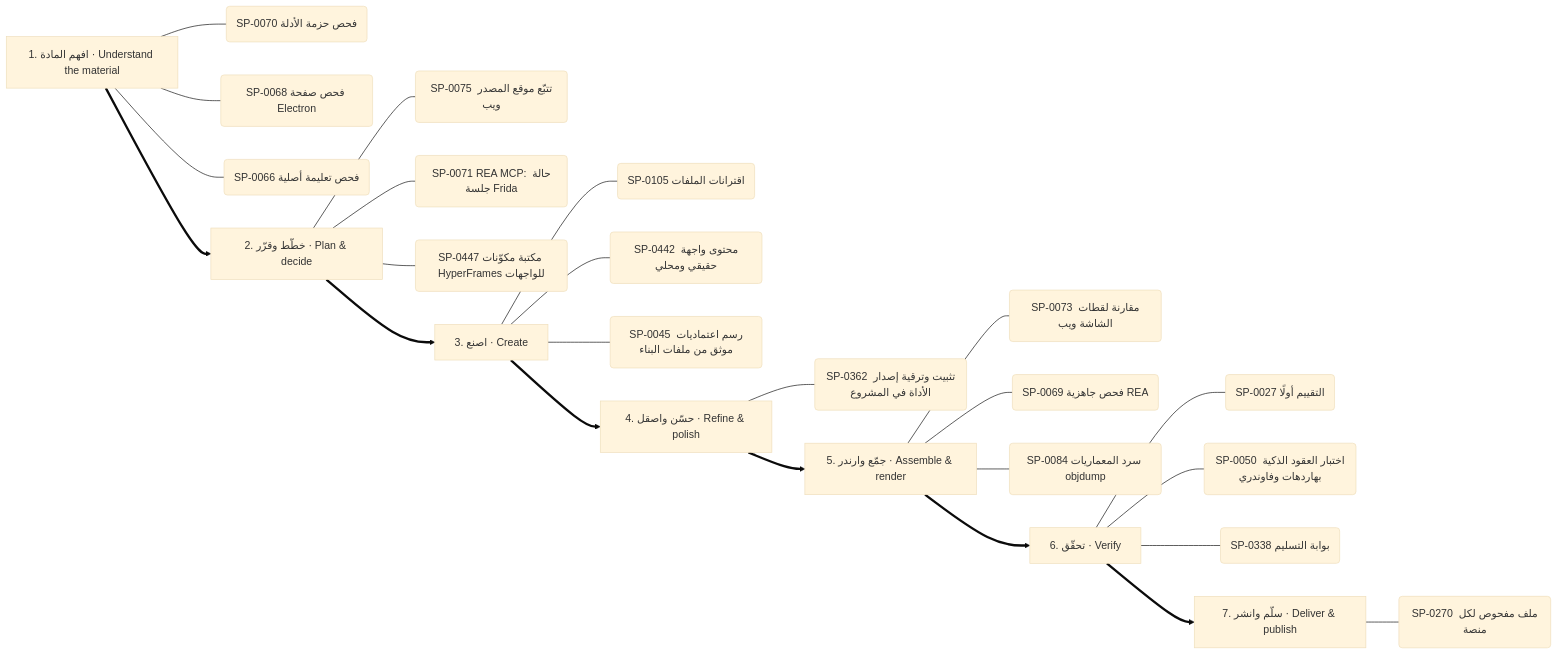
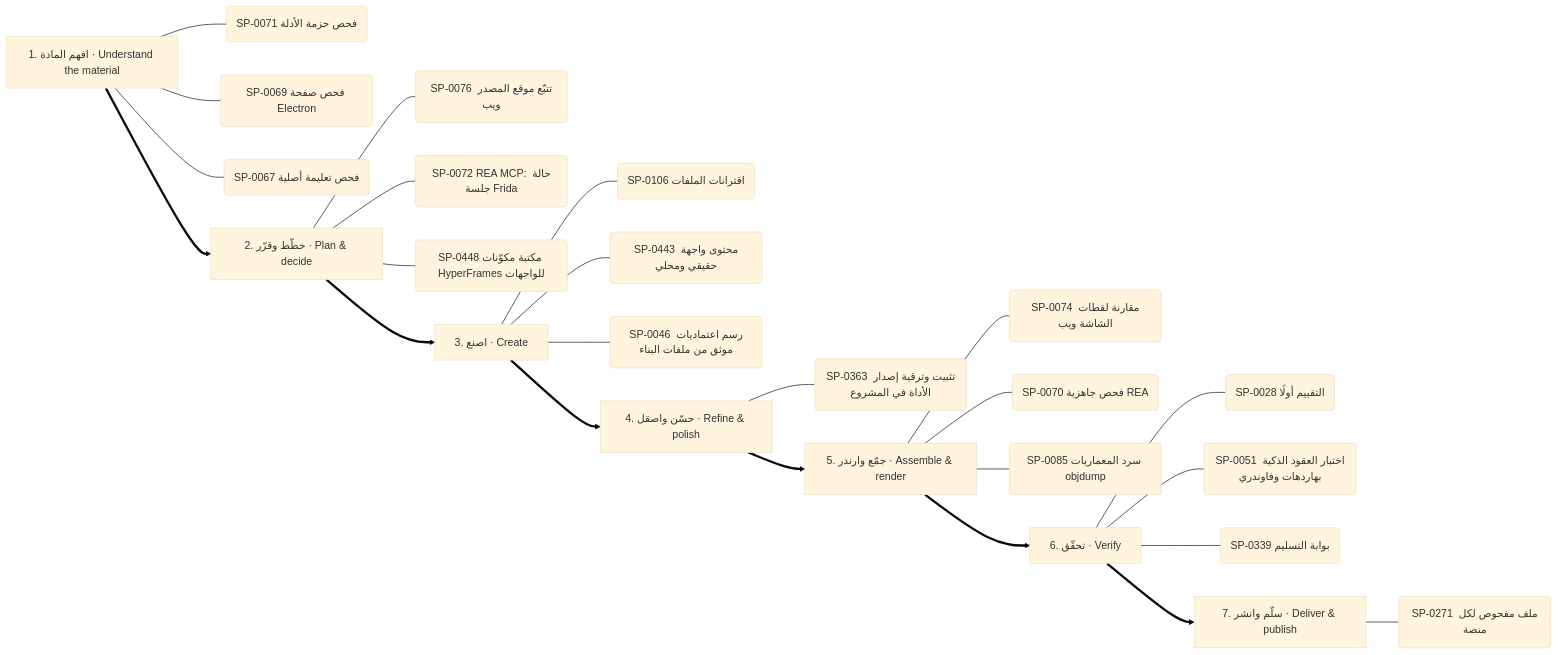
Diagram 11 of 13 in .claude/skills/kosif-superpowers/references/capability-mindmap.md (kosif199022-jpg/kosif-tool), drawn with Mermaid (base theme) before and after one commit. The commit also changed other lines of this file and 9 other files, not shown here.

First line of the commit message:
Rebuild the fused superpowers, hubs, mind map and owned-repos map

````diff
--- a/.claude/skills/kosif-superpowers/references/capability-mindmap.md
+++ b/.claude/skills/kosif-superpowers/references/capability-mindmap.md
@@ -546,33 +546,33 @@
 ```mermaid
 flowchart LR
   S0["1. افهم المادة · Understand the material"]
-  S0 --- S0_0("SP-0070 فحص حزمة الأدلة")
-  S0 --- S0_1("SP-0068 فحص صفحة Electron")
-  S0 --- S0_2("SP-0066 فحص تعليمة أصلية")
+  S0 --- S0_0("SP-0071 فحص حزمة الأدلة")
+  S0 --- S0_1("SP-0069 فحص صفحة Electron")
+  S0 --- S0_2("SP-0067 فحص تعليمة أصلية")
   S1["2. خطّط وقرّر · Plan & decide"]
-  S1 --- S1_0("SP-0075 تتبّع موقع المصدر ويب")
-  S1 --- S1_1("SP-0071 REA MCP: حالة جلسة Frida")
-  S1 --- S1_2("SP-0447 مكتبة مكوّنات HyperFrames للواجهات")
+  S1 --- S1_0("SP-0076 تتبّع موقع المصدر ويب")
+  S1 --- S1_1("SP-0072 REA MCP: حالة جلسة Frida")
+  S1 --- S1_2("SP-0448 مكتبة مكوّنات HyperFrames للواجهات")
   S0 ==> S1
   S2["3. اصنع · Create"]
-  S2 --- S2_0("SP-0105 اقترانات الملفات")
-  S2 --- S2_1("SP-0442 محتوى واجهة حقيقي ومحلي")
-  S2 --- S2_2("SP-0045 رسم اعتماديات موثق من ملفات البناء")
+  S2 --- S2_0("SP-0106 اقترانات الملفات")
+  S2 --- S2_1("SP-0443 محتوى واجهة حقيقي ومحلي")
+  S2 --- S2_2("SP-0046 رسم اعتماديات موثق من ملفات البناء")
   S1 ==> S2
   S3["4. حسّن واصقل · Refine & polish"]
-  S3 --- S3_0("SP-0362 تثبيت وترقية إصدار الأداة في المشروع")
+  S3 --- S3_0("SP-0363 تثبيت وترقية إصدار الأداة في المشروع")
   S2 ==> S3
   S4["5. جمّع وارندر · Assemble & render"]
-  S4 --- S4_0("SP-0073 مقارنة لقطات الشاشة ويب")
-  S4 --- S4_1("SP-0069 فحص جاهزية REA")
-  S4 --- S4_2("SP-0084 سرد المعماريات objdump")
+  S4 --- S4_0("SP-0074 مقارنة لقطات الشاشة ويب")
+  S4 --- S4_1("SP-0070 فحص جاهزية REA")
+  S4 --- S4_2("SP-0085 سرد المعماريات objdump")
   S3 ==> S4
   S5["6. تحقّق · Verify"]
-  S5 --- S5_0("SP-0027 التقييم أولًا")
-  S5 --- S5_1("SP-0050 اختبار العقود الذكية بهاردهات وفاوندري")
-  S5 --- S5_2("SP-0338 بوابة التسليم")
+  S5 --- S5_0("SP-0028 التقييم أولًا")
+  S5 --- S5_1("SP-0051 اختبار العقود الذكية بهاردهات وفاوندري")
+  S5 --- S5_2("SP-0339 بوابة التسليم")
   S4 ==> S5
   S6["7. سلّم وانشر · Deliver & publish"]
-  S6 --- S6_0("SP-0270 ملف مفحوص لكل منصة")
+  S6 --- S6_0("SP-0271 ملف مفحوص لكل منصة")
   S5 ==> S6
 ```
````
